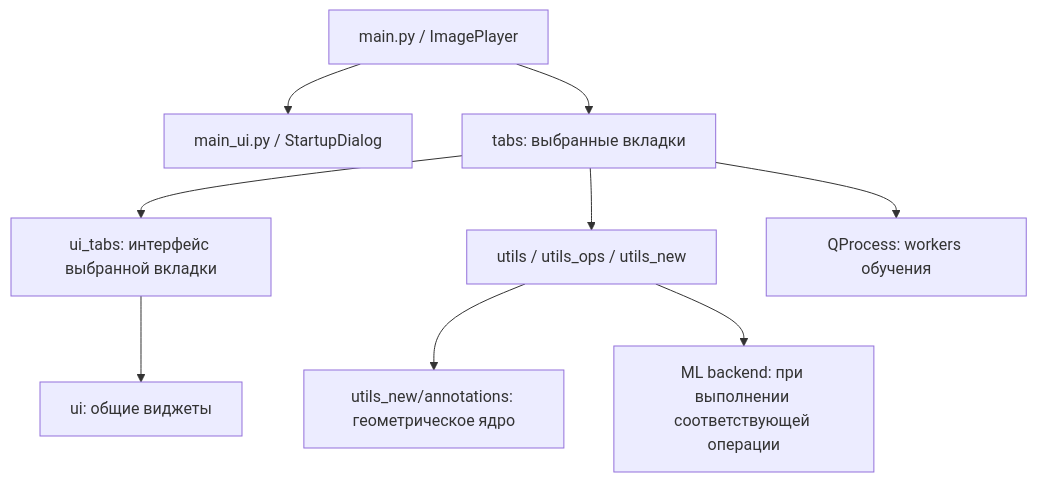
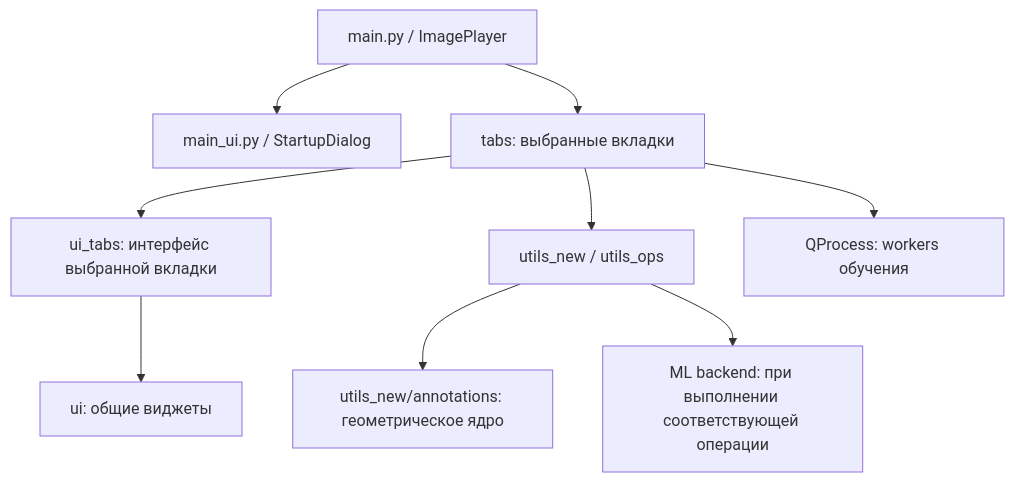
The first of 2 diagrams in Docs/Architecture.md (VorotilovRoman/Neuro_threshold), drawn with Mermaid before and after one commit. The commit also changed other lines of this file and 15 other files, not shown here.

````diff
--- a/Docs/Architecture.md
+++ b/Docs/Architecture.md
@@ -7,11 +7,11 @@
 ```mermaid
 flowchart TD
     M[main.py / ImagePlayer] --> S[main_ui.py / StartupDialog]
     M --> T[tabs: выбранные вкладки]
     T --> L[ui_tabs: интерфейс выбранной вкладки]
-    T --> U[utils / utils_ops / utils_new]
+    T --> U[utils_new / utils_ops]
     L --> W[ui: общие виджеты]
     T --> P[QProcess: workers обучения]
     U --> C[utils_new/annotations: геометрическое ядро]
     U --> D[ML backend: при выполнении соответствующей операции]
 ```
````
